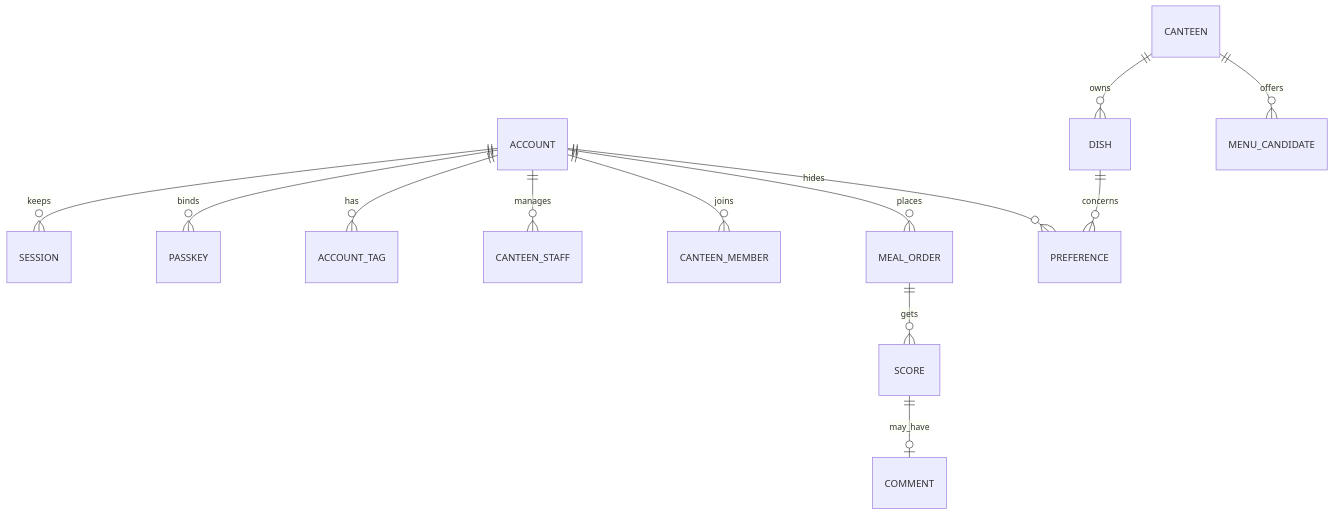
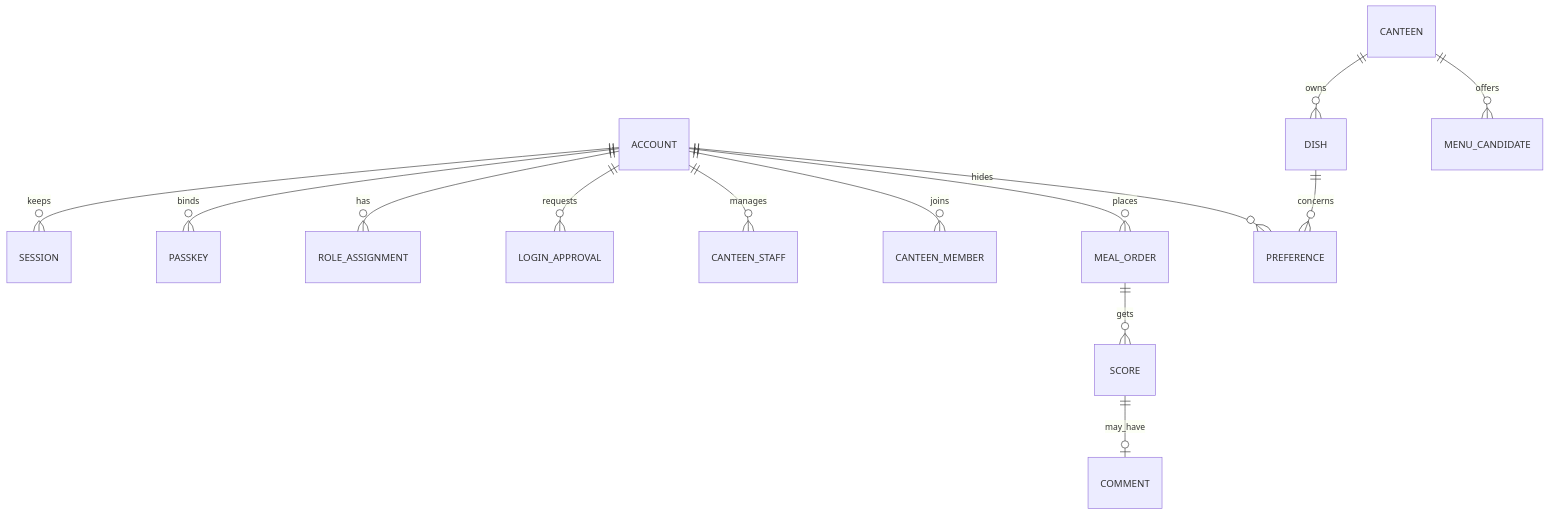
One commit to ModerRAS/duolinzao changed the third of 3 diagrams in specs/phase1/design.md. Above: the diagram before and after it, drawn with Mermaid. The commit also changed other lines of this file and 9 other files, not shown here.

````diff
--- a/specs/phase1/design.md
+++ b/specs/phase1/design.md
@@ -112,15 +115,16 @@
 ```mermaid
 erDiagram
   ACCOUNT ||--o{ SESSION : keeps
   ACCOUNT ||--o{ PASSKEY : binds
-  ACCOUNT ||--o{ ACCOUNT_TAG : has
+  ACCOUNT ||--o{ ROLE_ASSIGNMENT : has
+  ACCOUNT ||--o{ LOGIN_APPROVAL : requests
   ACCOUNT ||--o{ CANTEEN_STAFF : manages
   ACCOUNT ||--o{ CANTEEN_MEMBER : joins
   CANTEEN ||--o{ DISH : owns
   CANTEEN ||--o{ MENU_CANDIDATE : offers
   ACCOUNT ||--o{ MEAL_ORDER : places
   MEAL_ORDER ||--o{ SCORE : gets
   SCORE ||--o| COMMENT : may_have
   ACCOUNT ||--o{ PREFERENCE : hides
   DISH ||--o{ PREFERENCE : concerns
 ```
````
